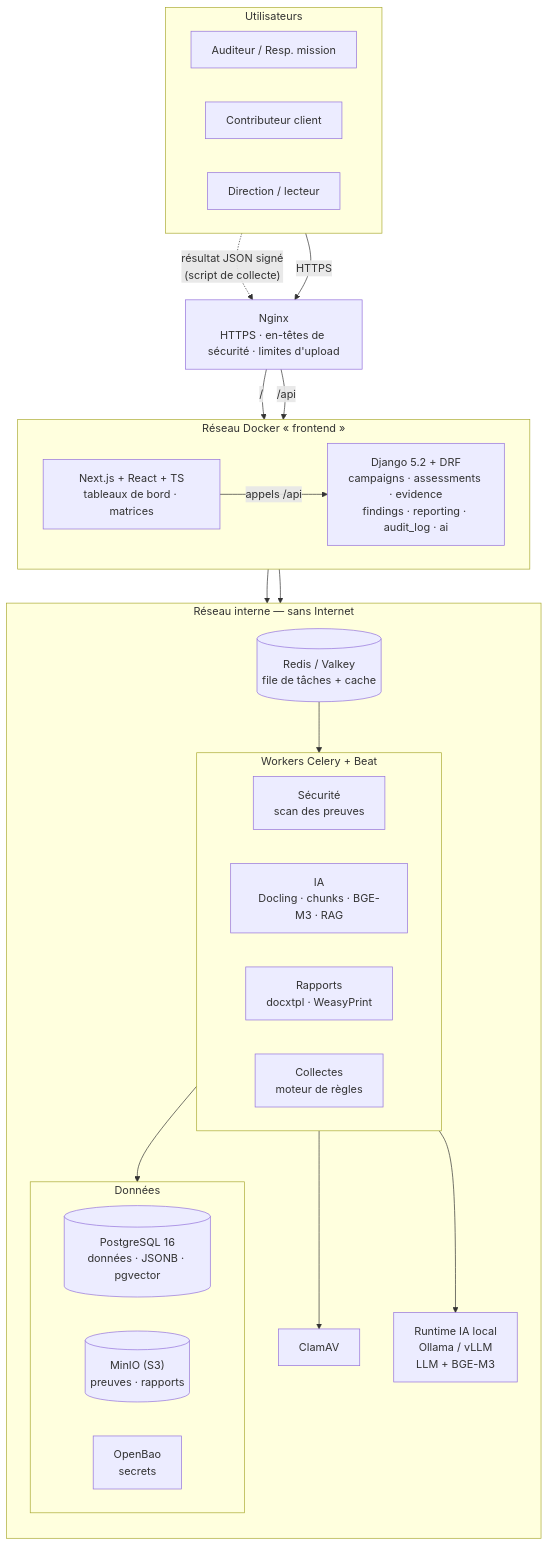
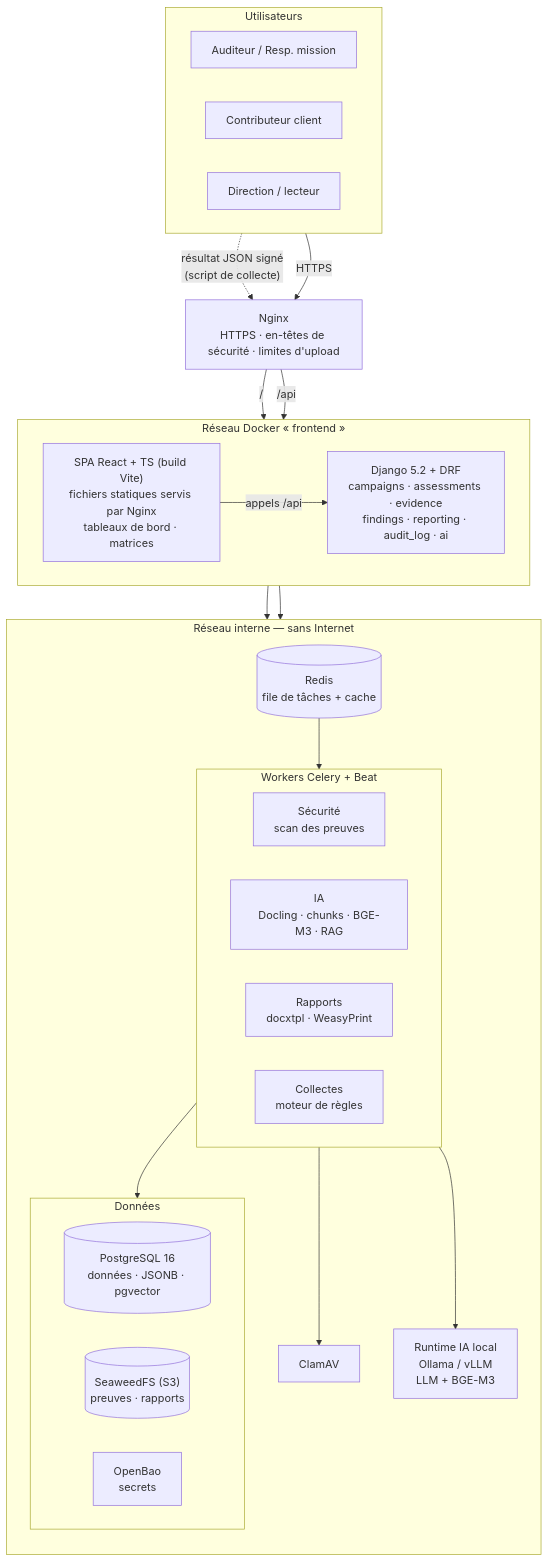
One commit to arixstoo/PFE changed the eighth of 9 diagrams in memoire/choix_techniques_chapitre.md. Above: the diagram before and after it, drawn with Mermaid. The commit also changed other lines of this file and 15 other files, not shown here.

````diff
--- a/memoire/choix_techniques_chapitre.md
+++ b/memoire/choix_techniques_chapitre.md
@@ -352,49 +379,49 @@
 ```mermaid
 flowchart TB
     subgraph USERS["Utilisateurs"]
         direction LR
         U1["Auditeur / Resp. mission"]
         U2["Contributeur client"]
         U3["Direction / lecteur"]
     end
 
     NGINX["Nginx<br/>HTTPS · en-têtes de sécurité · limites d'upload"]
     USERS -->|HTTPS| NGINX
     U2 -.->|"résultat JSON signé<br/>(script de collecte)"| NGINX
 
     subgraph APP["Réseau Docker « frontend »"]
         direction LR
-        FE["Next.js + React + TS<br/>tableaux de bord · matrices"]
+        FE["SPA React + TS (build Vite)<br/>fichiers statiques servis par Nginx<br/>tableaux de bord · matrices"]
         API["Django 5.2 + DRF<br/>campaigns · assessments · evidence<br/>findings · reporting · audit_log · ai"]
         FE -->|"appels /api"| API
     end
     NGINX -->|"/"| FE
     NGINX -->|"/api"| API
 
     subgraph BACK["Réseau interne — sans Internet"]
         direction TB
-        RD[("Redis / Valkey<br/>file de tâches + cache")]
+        RD[("Redis<br/>file de tâches + cache")]
         subgraph WORK["Workers Celery + Beat"]
             direction LR
             W1["Sécurité<br/>scan des preuves"]
             W2["IA<br/>Docling · chunks · BGE-M3 · RAG"]
             W3["Rapports<br/>docxtpl · WeasyPrint"]
             W4["Collectes<br/>moteur de règles"]
         end
         subgraph DATA["Données"]
             direction LR
             PG[("PostgreSQL 16<br/>données · JSONB · pgvector")]
-            S3[("MinIO (S3)<br/>preuves · rapports")]
+            S3[("SeaweedFS (S3)<br/>preuves · rapports")]
             BAO["OpenBao<br/>secrets"]
         end
         AV["ClamAV"]
         LLM["Runtime IA local<br/>Ollama / vLLM<br/>LLM + BGE-M3"]
         RD --> WORK
         W1 --> AV
         W2 --> LLM
         WORK --> DATA
     end
 
     API --> RD
     API --> DATA
 ```
````
